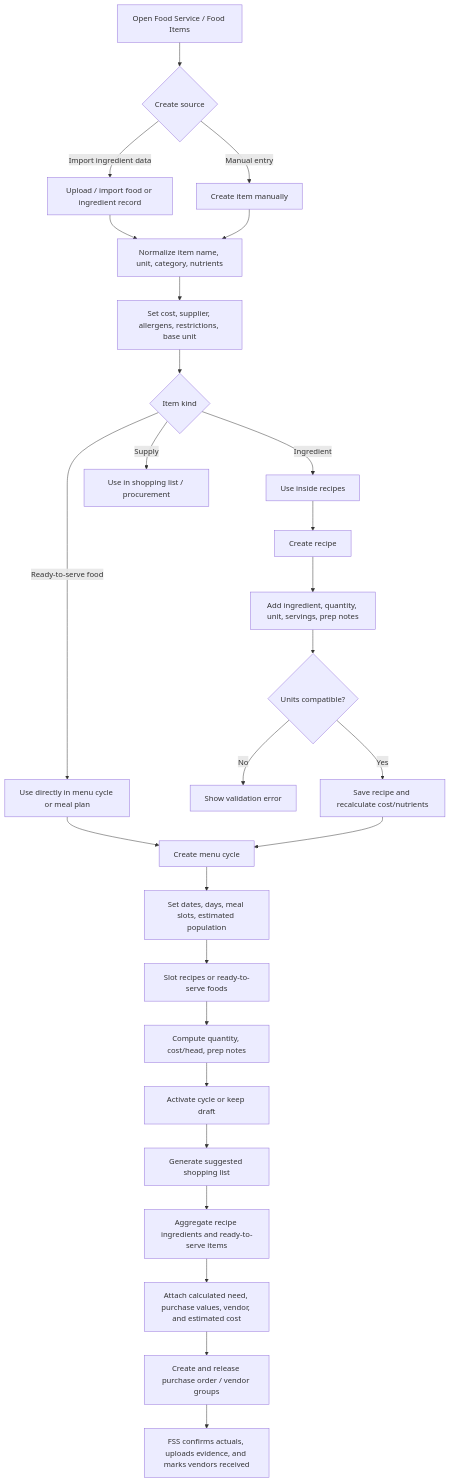
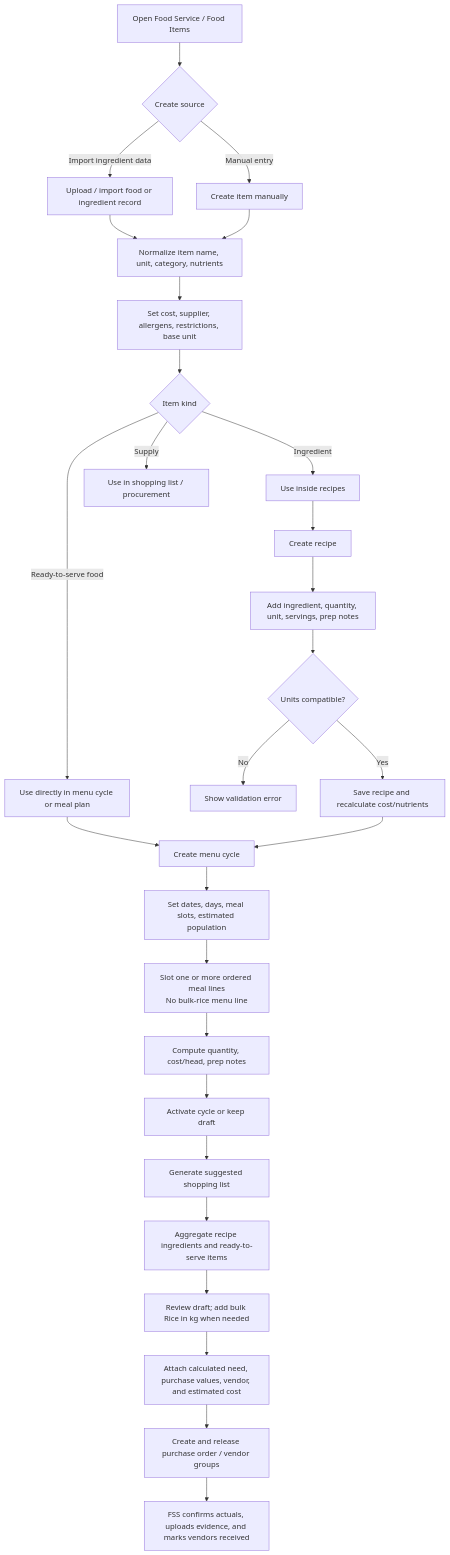
One commit to ja2gc/Nutriscope changed the first of 9 diagrams in docs/module-workflow-flowchart.md. Above: the diagram before and after it, drawn with Mermaid. The commit also changed other lines of this file and 122 other files, not shown here.

````diff
--- a/docs/module-workflow-flowchart.md
+++ b/docs/module-workflow-flowchart.md
@@ -21,33 +21,34 @@
 ```mermaid
 flowchart TD
     A["Open Food Service / Food Items"] --> B{"Create source"}
     B -->|"Import ingredient data"| C["Upload / import food or ingredient record"]
     B -->|"Manual entry"| D["Create item manually"]
 
     C --> E["Normalize item name, unit, category, nutrients"]
     D --> E
     E --> F["Set cost, supplier, allergens, restrictions, base unit"]
     F --> G{"Item kind"}
     G -->|"Ingredient"| H["Use inside recipes"]
     G -->|"Ready-to-serve food"| I["Use directly in menu cycle or meal plan"]
     G -->|"Supply"| J["Use in shopping list / procurement"]
 
     H --> K["Create recipe"]
     K --> K1["Add ingredient, quantity, unit, servings, prep notes"]
     K1 --> K2{"Units compatible?"}
     K2 -->|"No"| K3["Show validation error"]
     K2 -->|"Yes"| K4["Save recipe and recalculate cost/nutrients"]
 
     I --> L["Create menu cycle"]
     K4 --> L
     L --> L1["Set dates, days, meal slots, estimated population"]
-    L1 --> L2["Slot recipes or ready-to-serve foods"]
+    L1 --> L2["Slot one or more ordered meal lines<br/>No bulk-rice menu line"]
     L2 --> L3["Compute quantity, cost/head, prep notes"]
     L3 --> L4["Activate cycle or keep draft"]
 
     L4 --> M["Generate suggested shopping list"]
     M --> N["Aggregate recipe ingredients and ready-to-serve items"]
-    N --> O["Attach calculated need, purchase values, vendor, and estimated cost"]
+    N --> N1["Review draft; add bulk Rice in kg when needed"]
+    N1 --> O["Attach calculated need, purchase values, vendor, and estimated cost"]
     O --> P["Create and release purchase order / vendor groups"]
     P --> Q["FSS confirms actuals, uploads evidence, and marks vendors received"]
 ```
````
